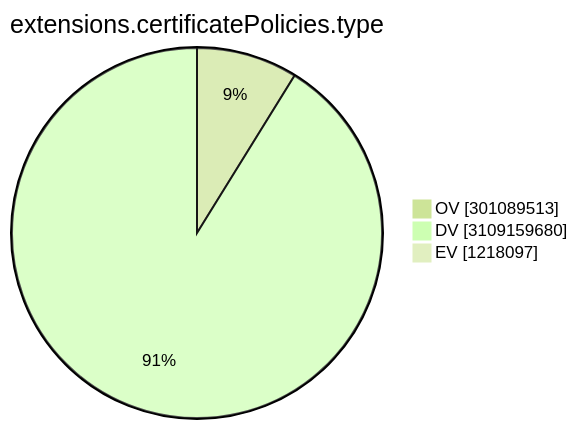
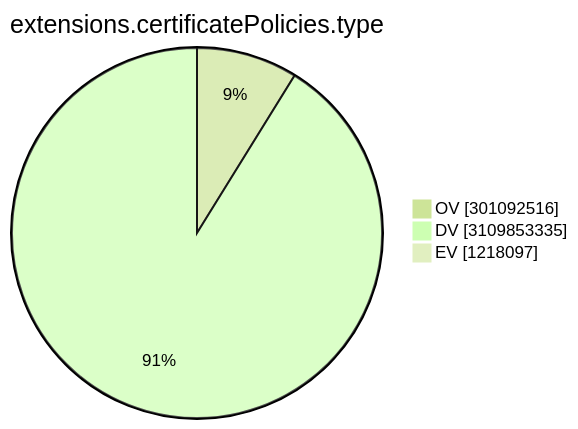
One commit to christiankrug/ctmonitor_visualization changed the ninth of 15 diagrams in TOTAL/README.md. Above: the diagram before and after it, drawn with Mermaid (forest theme). The commit also changed other lines of this file, not shown here.

````diff
--- a/TOTAL/README.md
+++ b/TOTAL/README.md
@@ -3103,7 +3103,7 @@
 ```mermaid
 pie showData
 title extensions.certificatePolicies.type
-"OV" :301089513
-"DV" :3109159680
+"OV" :301092516
+"DV" :3109853335
 "EV" :1218097
 ```
````
